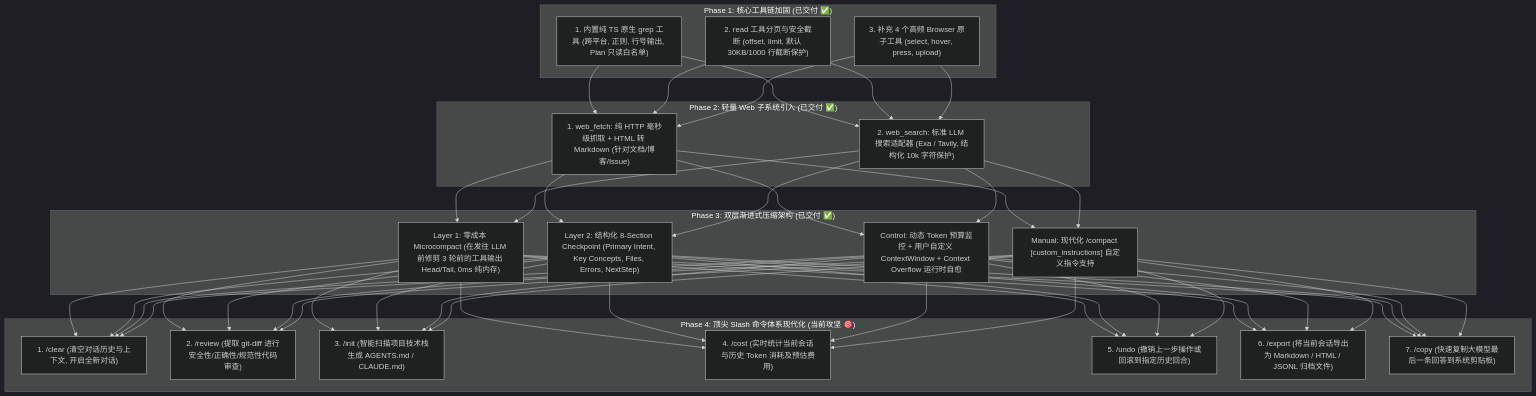
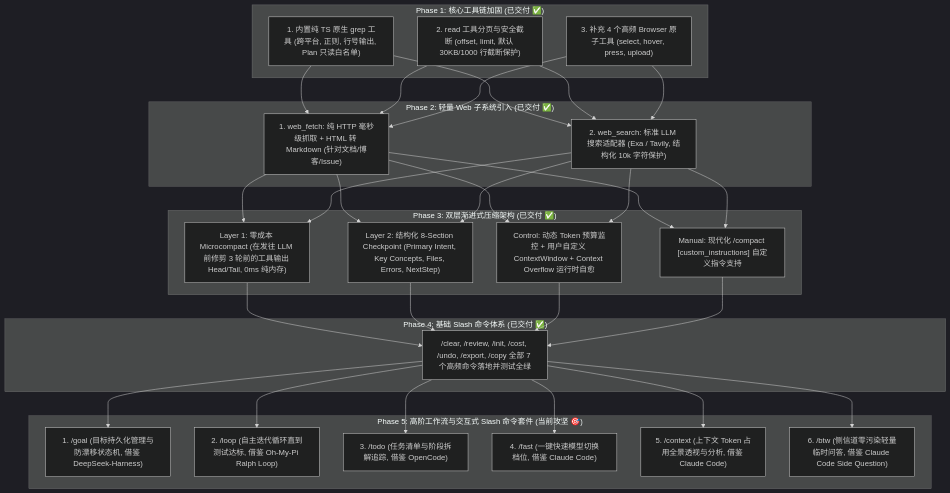
The diagram in GOAL.md (h-hei133/cheers), drawn with Mermaid (dark theme) before and after one commit. The commit also changed other lines of this file and 2 other files, not shown here.

Commit message:
docs(plan): add Phase 5 high-level workflow suite roadmap (/goal, /loop, /todo, /fast, /context, /btw) in GOAL.md

````diff
--- a/GOAL.md
+++ b/GOAL.md
@@ -13,32 +13,35 @@
 ```mermaid
 graph TD
   subgraph "Phase 1: 核心工具链加固 (已交付 ✅)"
     T1["1. 内置纯 TS 原生 grep 工具 (跨平台, 正则, 行号输出, Plan 只读白名单)"]
     T2["2. read 工具分页与安全截断 (offset, limit, 默认 30KB/1000 行截断保护)"]
     T3["3. 补充 4 个高频 Browser 原子工具 (select, hover, press, upload)"]
   end
 
   subgraph "Phase 2: 轻量 Web 子系统引入 (已交付 ✅)"
     W1["1. web_fetch: 纯 HTTP 毫秒级抓取 + HTML 转 Markdown (针对文档/博客/Issue)"]
     W2["2. web_search: 标准 LLM 搜索适配器 (Exa / Tavily, 结构化 10k 字符保护)"]
   end
 
   subgraph "Phase 3: 双层渐进式压缩架构 (已交付 ✅)"
     C1["Layer 1: 零成本 Microcompact (在发往 LLM 前修剪 3 轮前的工具输出 Head/Tail, 0ms 纯内存)"]
     C2["Layer 2: 结构化 8-Section Checkpoint (Primary Intent, Key Concepts, Files, Errors, NextStep)"]
     C3["Control: 动态 Token 预算监控 + 用户自定义 ContextWindow + Context Overflow 运行时自愈"]
     C4["Manual: 现代化 /compact [custom_instructions] 自定义指令支持"]
   end
 
-  subgraph "Phase 4: 顶尖 Slash 命令体系现代化 (当前攻坚 🎯)"
-    S1["1. /clear (清空对话历史与上下文, 开启全新对话)"]
-    S2["2. /review (提取 git-diff 进行安全性/正确性/规范性代码审查)"]
-    S3["3. /init (智能扫描项目技术栈生成 AGENTS.md / CLAUDE.md)"]
-    S4["4. /cost (实时统计当前会话与历史 Token 消耗及预估费用)"]
-    S5["5. /undo (撤销上一步操作或回滚到指定历史回合)"]
-    S6["6. /export (将当前会话导出为 Markdown / HTML / JSONL 归档文件)"]
-    S7["7. /copy (快速复制大模型最后一条回答到系统剪贴板)"]
+  subgraph "Phase 4: 基础 Slash 命令体系 (已交付 ✅)"
+    S1["/clear, /review, /init, /cost, /undo, /export, /copy 全部 7 个高频命令落地并测试全绿"]
   end
 
-  T1 & T2 & T3 --> W1 & W2 --> C1 & C2 & C3 & C4 --> S1 & S2 & S3 & S4 & S5 & S6 & S7
+  subgraph "Phase 5: 高阶工作流与交互式 Slash 命令套件 (当前攻坚 🎯)"
+    H1["1. /goal (目标持久化管理与防漂移状态机, 借鉴 DeepSeek-Harness)"]
+    H2["2. /loop (自主迭代循环直到测试达标, 借鉴 Oh-My-Pi Ralph Loop)"]
+    H3["3. /todo (任务清单与阶段拆解追踪, 借鉴 OpenCode)"]
+    H4["4. /fast (一键快速模型切换档位, 借鉴 Claude Code)"]
+    H5["5. /context (上下文 Token 占用全景透视与分析, 借鉴 Claude Code)"]
+    H6["6. /btw (侧信道零污染轻量临时问答, 借鉴 Claude Code Side Question)"]
+  end
+
+  T1 & T2 & T3 --> W1 & W2 --> C1 & C2 & C3 & C4 --> S1 --> H1 & H2 & H3 & H4 & H5 & H6
 ```
````
